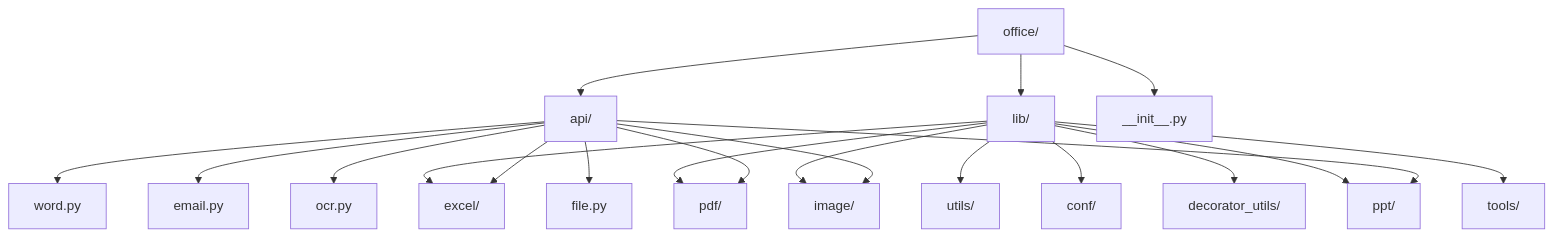
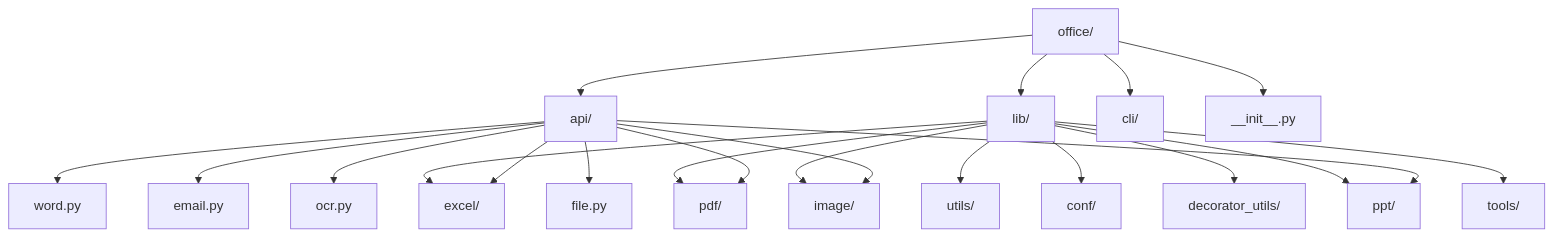
The first of 12 diagrams in wiki/en/content/Core Modules Reference/Core Modules Reference.md (CoderWanFeng/python-office), drawn with Mermaid before and after one commit. The commit also changed other lines of this file and 3 other files, not shown here.

````diff
--- a/wiki/en/content/Core Modules Reference/Core Modules Reference.md
+++ b/wiki/en/content/Core Modules Reference/Core Modules Reference.md
@@ -40,22 +40,23 @@
 ```mermaid
 graph TD
 office[office/] --> api[api/]
 office --> lib[lib/]
+office --> cli[cli/]
 office --> __init__[__init__.py]
 api --> excel[excel.py]
 api --> pdf[pdf.py]
 api --> word[word.py]
 api --> image[image.py]
 api --> email[email.py]
 api --> ocr[ocr.py]
 api --> file[file.py]
 api --> ppt[ppt.py]
 lib --> utils[utils/]
 lib --> conf[conf/]
 lib --> decorator_utils[decorator_utils/]
 lib --> excel[excel/]
 lib --> image[image/]
 lib --> pdf[pdf/]
 lib --> ppt[ppt/]
 lib --> tools[tools/]
 ```
````
